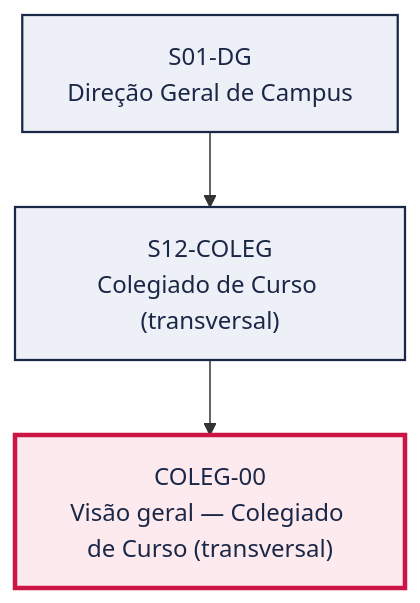
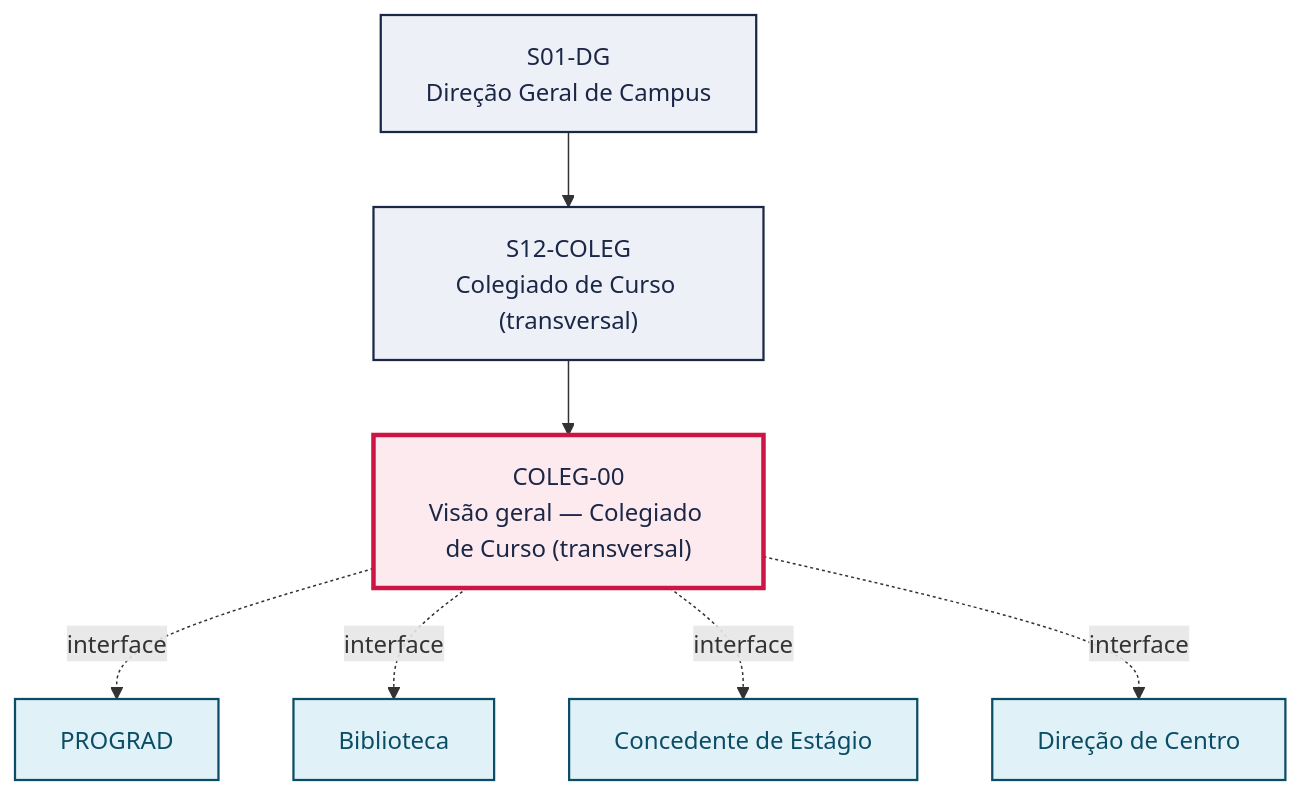
The first of 2 diagrams in pops/COLEG/COLEG-00.md (jessefers/canvas-vivo-atdg), drawn with Mermaid before and after one commit. The commit also changed other lines of this file and 9 other files, not shown here.

````diff
--- a/pops/COLEG/COLEG-00.md
+++ b/pops/COLEG/COLEG-00.md
@@ -49,13 +52,22 @@
 ```mermaid
 graph TD
   S01_DG["S01-DG<br/>Direção Geral de Campus"]
   S12_COLEG["S12-COLEG<br/>Colegiado de Curso (transversal)"]
   S01_DG --> S12_COLEG
   P["COLEG-00<br/>Visão geral — Colegiado de Curso (transversal)"]
   S12_COLEG --> P
+  V1["PROGRAD"]
+  P -. interface .-> V1
+  V2["Biblioteca"]
+  P -. interface .-> V2
+  V3["Concedente de Estágio"]
+  P -. interface .-> V3
+  V4["Direção de Centro"]
+  P -. interface .-> V4
   classDef setor fill:#EEF0F7,stroke:#1B2747,stroke-width:1.5px,color:#1B2747
   classDef destaque fill:#FDEAEE,stroke:#CC1544,stroke-width:3px,color:#1B2747
   classDef vizinho fill:#E0F2F8,stroke:#0B4D66,stroke-width:1.5px,color:#0B4D66
   class S01_DG,S12_COLEG setor
   class P destaque
+  class V1,V2,V3,V4 vizinho
 ```
````
